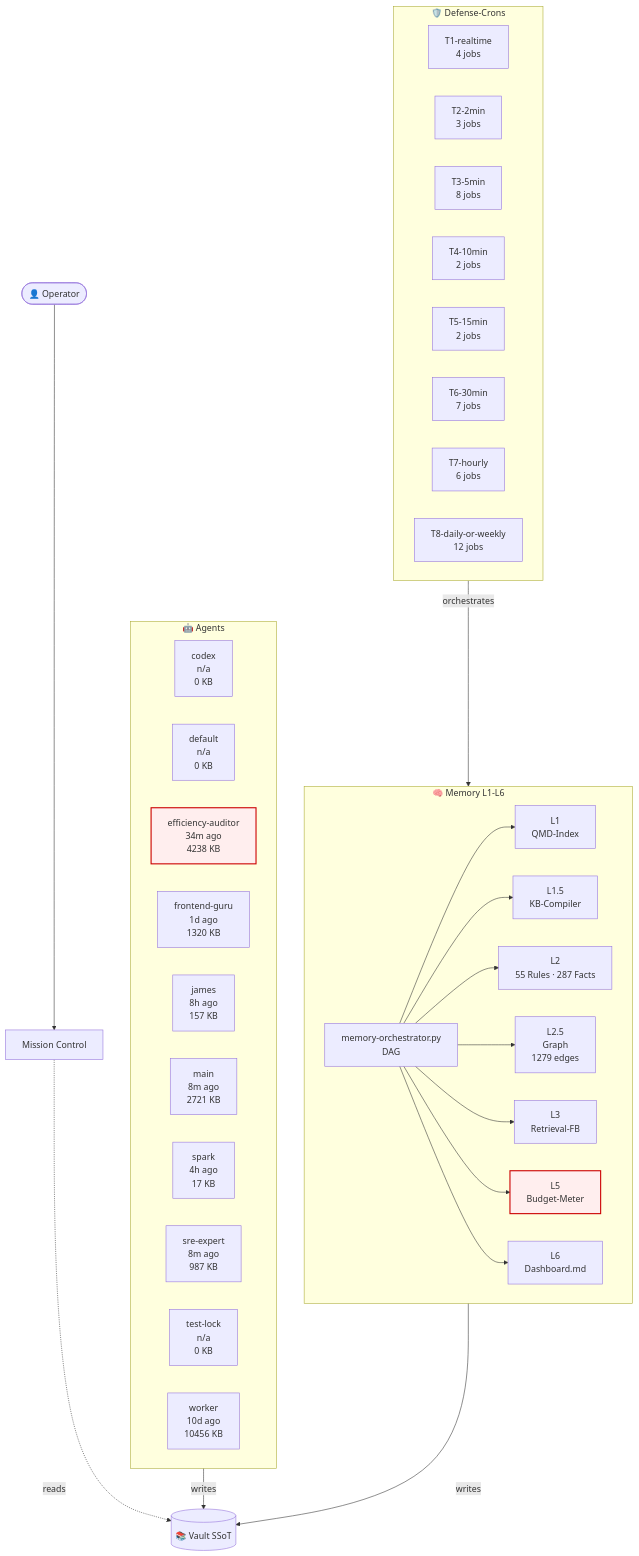
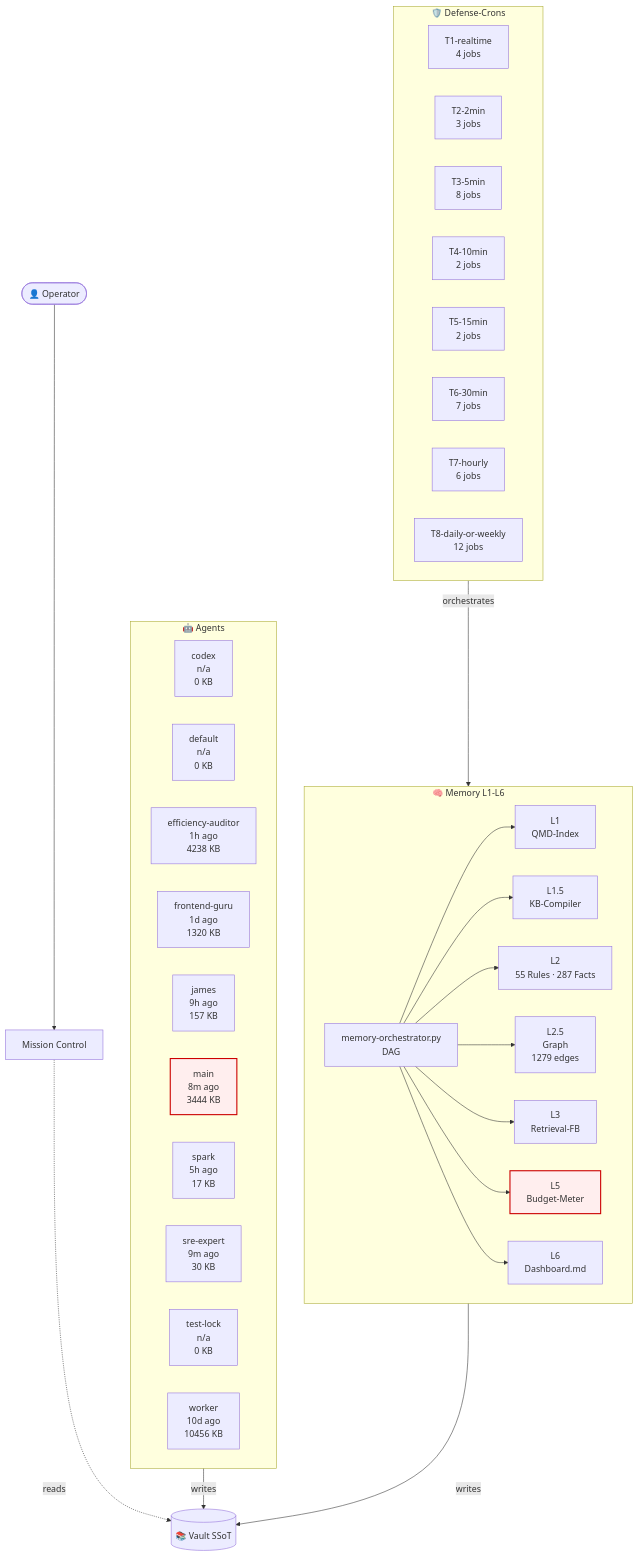
One commit to lenardhuebner88-rgb/openclaw-memory changed the diagram in 03-Agents/architecture-live.md. Above: the diagram before and after it, drawn with Mermaid. The commit also changed other lines of this file and 12 other files, not shown here.

````diff
--- a/03-Agents/architecture-live.md
+++ b/03-Agents/architecture-live.md
@@ -18,53 +18,53 @@
 ```mermaid
 flowchart TB
     classDef critical fill:#fee,stroke:#c00,stroke-width:2px;
     subgraph AGT["🤖 Agents"]
         agent_codex["codex<br/>n/a<br/>0 KB"]
         agent_default["default<br/>n/a<br/>0 KB"]
-        agent_efficiency_auditor["efficiency-auditor<br/>34m ago<br/>4238 KB"]
+        agent_efficiency_auditor["efficiency-auditor<br/>1h ago<br/>4238 KB"]
         agent_frontend_guru["frontend-guru<br/>1d ago<br/>1320 KB"]
-        agent_james["james<br/>8h ago<br/>157 KB"]
-        agent_main["main<br/>8m ago<br/>2721 KB"]
-        agent_spark["spark<br/>4h ago<br/>17 KB"]
-        agent_sre_expert["sre-expert<br/>8m ago<br/>987 KB"]
+        agent_james["james<br/>9h ago<br/>157 KB"]
+        agent_main["main<br/>8m ago<br/>3444 KB"]
+        agent_spark["spark<br/>5h ago<br/>17 KB"]
+        agent_sre_expert["sre-expert<br/>9m ago<br/>30 KB"]
         agent_test_lock["test-lock<br/>n/a<br/>0 KB"]
         agent_worker["worker<br/>10d ago<br/>10456 KB"]
     end
     subgraph MEM["🧠 Memory L1-L6"]
         L1["L1<br/>QMD-Index"]
         L15["L1.5<br/>KB-Compiler"]
         L2["L2<br/>55 Rules · 287 Facts"]
         L25["L2.5<br/>Graph<br/>1279 edges"]
         L3["L3<br/>Retrieval-FB"]
         L5["L5<br/>Budget-Meter"]
         L6["L6<br/>Dashboard.md"]
         ORCH["memory-orchestrator.py<br/>DAG"]
     end
     subgraph CRN["🛡️ Defense-Crons"]
         tier_T1_realtime["T1-realtime<br/>4 jobs"]
         tier_T2_2min["T2-2min<br/>3 jobs"]
         tier_T3_5min["T3-5min<br/>8 jobs"]
         tier_T4_10min["T4-10min<br/>2 jobs"]
         tier_T5_15min["T5-15min<br/>2 jobs"]
         tier_T6_30min["T6-30min<br/>7 jobs"]
         tier_T7_hourly["T7-hourly<br/>6 jobs"]
         tier_T8_daily_or_weekly["T8-daily-or-weekly<br/>12 jobs"]
     end
     VAULT[("📚 Vault SSoT")]
     OP([👤 Operator])
     MC["Mission Control"]
     OP --> MC
     MC -.reads.-> VAULT
     AGT -->|writes| VAULT
     MEM -->|writes| VAULT
     ORCH --> L1
     ORCH --> L15
     ORCH --> L2
     ORCH --> L25
     ORCH --> L3
     ORCH --> L5
     ORCH --> L6
     CRN -->|orchestrates| MEM
     class L5 critical
-    class agent_efficiency_auditor critical
+    class agent_main critical
 ```
````
